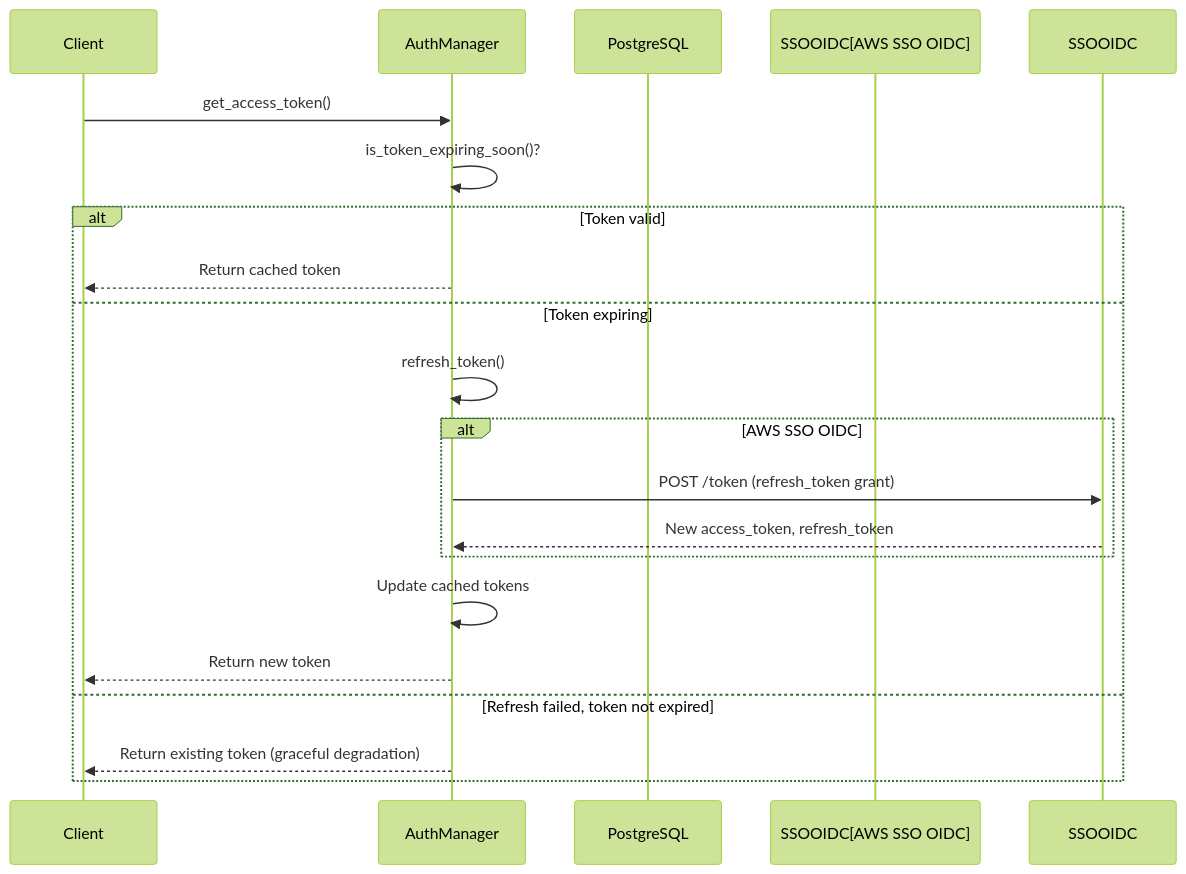
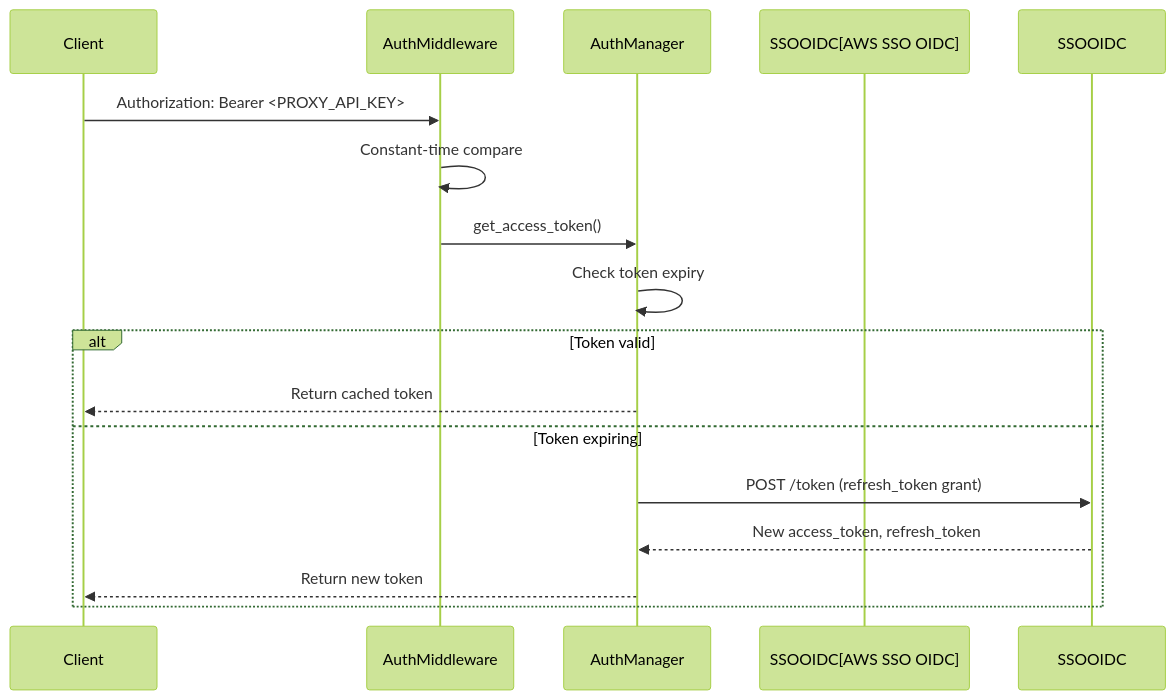
One commit to if414013/harbangan changed diagram 11 of 18 in docs/ARCHITECTURE.md. Above: the diagram before and after it, drawn with Mermaid (forest theme). The commit also changed other lines of this file and 9 other files, not shown here.

````diff
--- a/docs/ARCHITECTURE.md
+++ b/docs/ARCHITECTURE.md
@@ -391,26 +621,20 @@
 ```mermaid
 sequenceDiagram
     participant Client
+    participant AuthMiddleware
     participant AuthManager
-    participant PostgreSQL
     participant SSOOIDC[AWS SSO OIDC]
 
-    Client->>AuthManager: get_access_token()
-    AuthManager->>AuthManager: is_token_expiring_soon()?
+    Client->>AuthMiddleware: Authorization: Bearer <PROXY_API_KEY>
+    AuthMiddleware->>AuthMiddleware: Constant-time compare
+    AuthMiddleware->>AuthManager: get_access_token()
+    AuthManager->>AuthManager: Check token expiry
 
     alt Token valid
         AuthManager-->>Client: Return cached token
     else Token expiring
-        AuthManager->>AuthManager: refresh_token()
-
-        alt AWS SSO OIDC
-            AuthManager->>SSOOIDC: POST /token (refresh_token grant)
-            SSOOIDC-->>AuthManager: New access_token, refresh_token
-        end
-
-        AuthManager->>AuthManager: Update cached tokens
+        AuthManager->>SSOOIDC: POST /token (refresh_token grant)
+        SSOOIDC-->>AuthManager: New access_token, refresh_token
         AuthManager-->>Client: Return new token
-    else Refresh failed, token not expired
-        AuthManager-->>Client: Return existing token (graceful degradation)
     end
 ```
````
